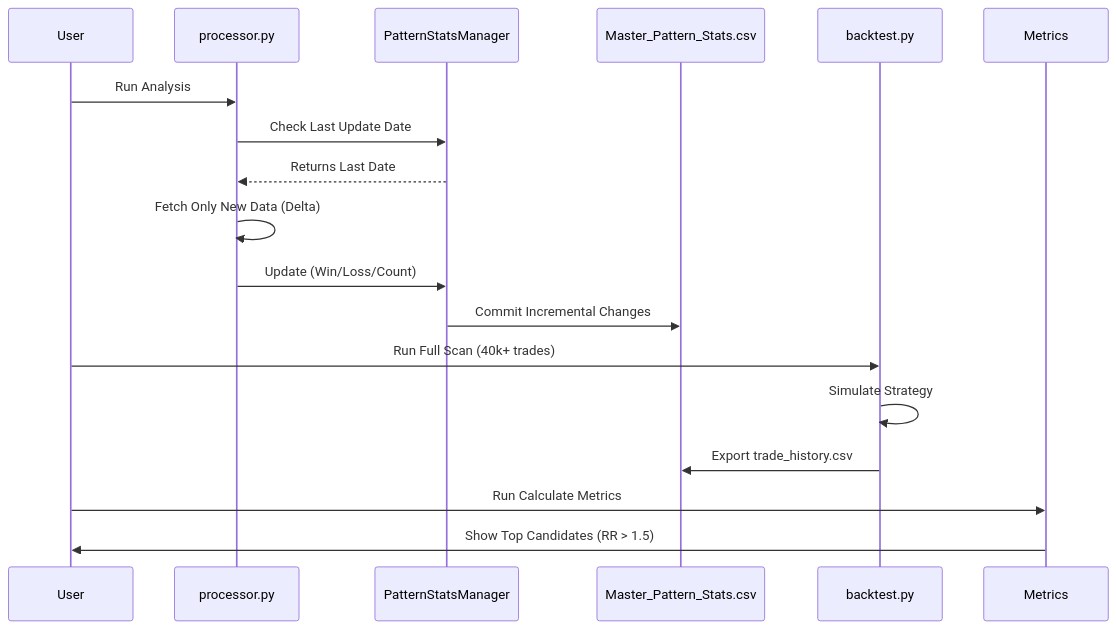
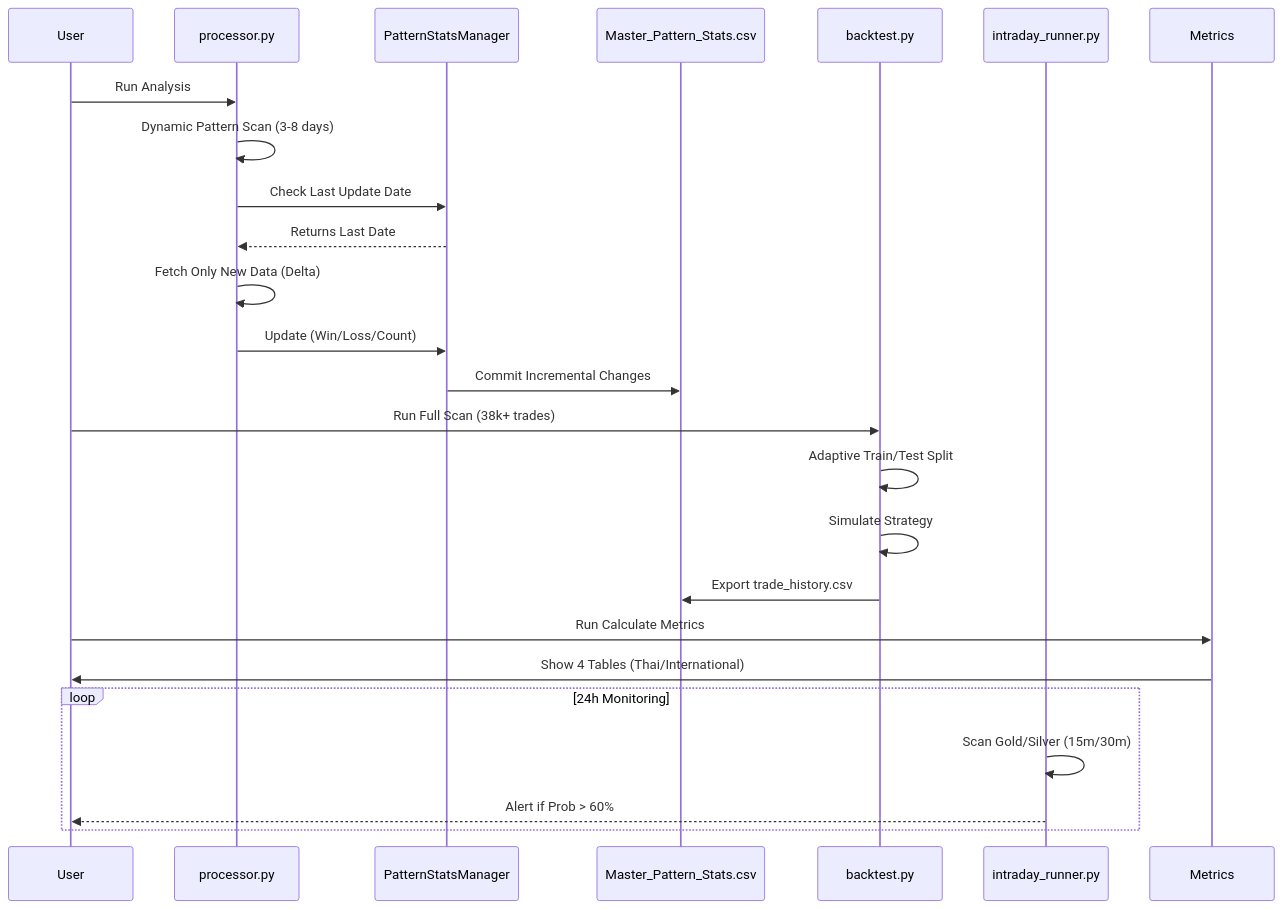
Before and after one commit to phonlapatS/daily-stock-suggest: the second of 2 diagrams in docs/SYSTEM_WORKFLOW.md, drawn with Mermaid. The commit also changed other lines of this file and 1 other file, not shown here.

Commit message:
fix: IndentationError in processor.py + docs: Update SYSTEM_WORKFLOW to V3.4

````diff
--- a/docs/SYSTEM_WORKFLOW.md
+++ b/docs/SYSTEM_WORKFLOW.md
@@ -41,21 +48,29 @@
 ```mermaid
 sequenceDiagram
     participant User
     participant Processor as processor.py
     participant StatsMgr as PatternStatsManager
     participant CSV as Master_Pattern_Stats.csv
     participant Backtest as backtest.py
+    participant Intraday as intraday_runner.py
     
     User->>Processor: Run Analysis
+    Processor->>Processor: Dynamic Pattern Scan (3-8 days)
     Processor->>StatsMgr: Check Last Update Date
     StatsMgr-->>Processor: Returns Last Date
     Processor->>Processor: Fetch Only New Data (Delta)
     Processor->>StatsMgr: Update (Win/Loss/Count)
     StatsMgr->>CSV: Commit Incremental Changes
     
-    User->>Backtest: Run Full Scan (40k+ trades)
+    User->>Backtest: Run Full Scan (38k+ trades)
+    Backtest->>Backtest: Adaptive Train/Test Split
     Backtest->>Backtest: Simulate Strategy
     Backtest->>CSV: Export trade_history.csv
     User->>Metrics: Run Calculate Metrics
-    Metrics->>User: Show Top Candidates (RR > 1.5)
+    Metrics->>User: Show 4 Tables (Thai/International)
+    
+    loop 24h Monitoring
+        Intraday->>Intraday: Scan Gold/Silver (15m/30m)
+        Intraday-->>User: Alert if Prob > 60%
+    end
 ```
````
